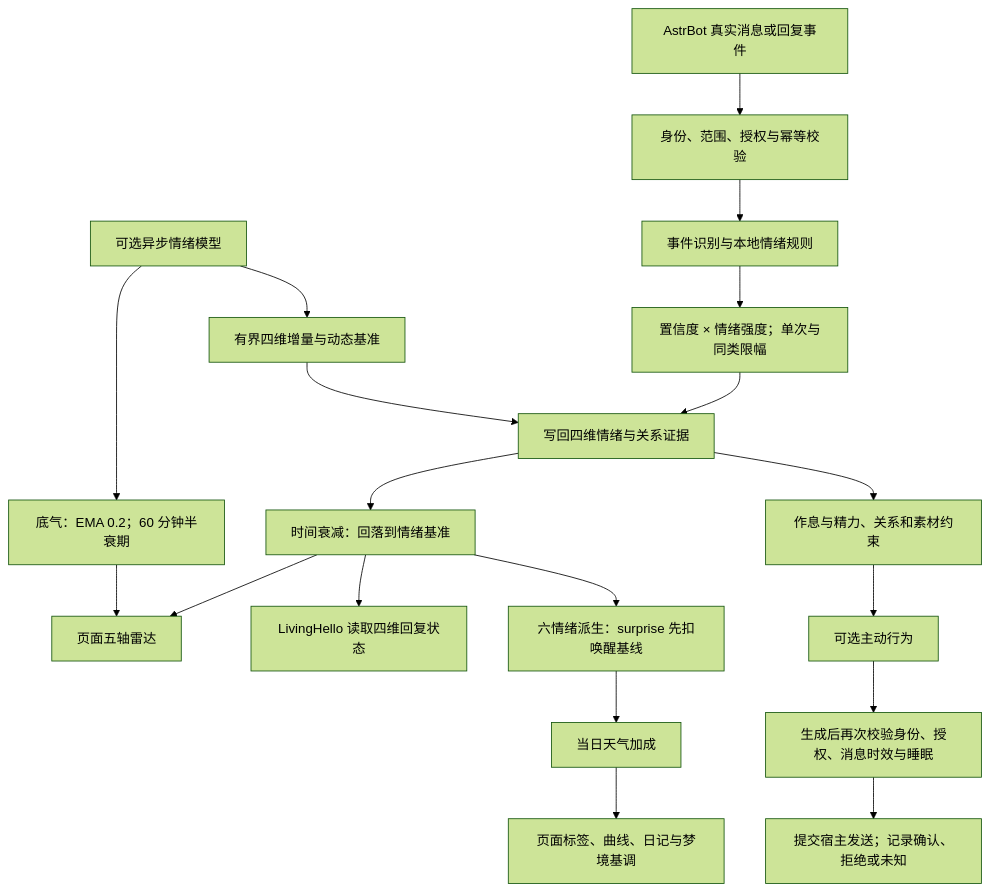
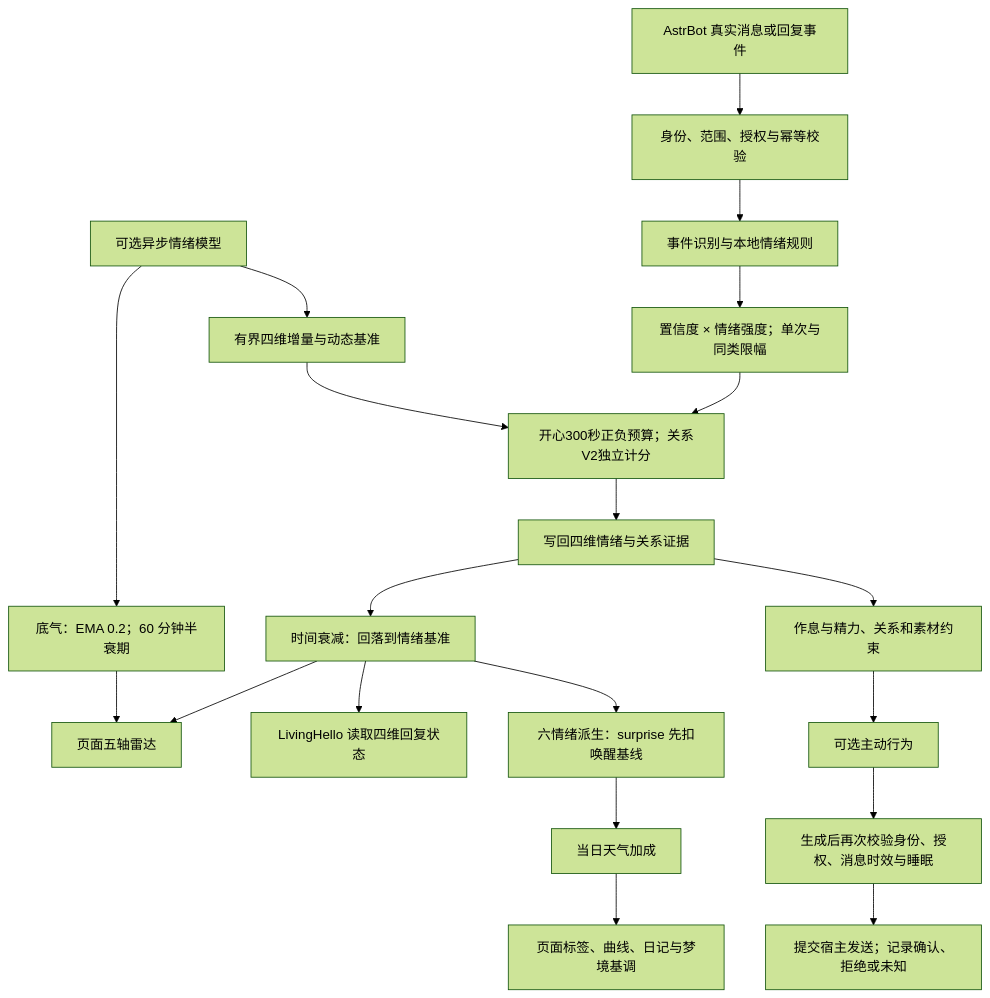
The diagram in docs/plugin-manual.md (AKIhunter/astrbot_plugin_livingemotion), drawn with Mermaid (forest theme) before and after one commit. The commit also changed other lines of this file and 68 other files, not shown here.

````diff
--- a/docs/plugin-manual.md
+++ b/docs/plugin-manual.md
@@ -118,21 +123,22 @@
 ```mermaid
 flowchart TD
     A["AstrBot 真实消息或回复事件"] --> B["身份、范围、授权与幂等校验"]
     B --> C["事件识别与本地情绪规则"]
     C --> D["置信度 × 情绪强度；单次与同类限幅"]
-    D --> E["写回四维情绪与关系证据"]
+    D --> W["开心300秒正负预算；关系V2独立计分"]
+    W --> E["写回四维情绪与关系证据"]
     E --> F["时间衰减：回落到情绪基准"]
     G["可选异步情绪模型"] --> H["有界四维增量与动态基准"]
-    H --> E
+    H --> W
     G --> I["底气：EMA 0.2；60 分钟半衰期"]
     F --> J["页面五轴雷达"]
     I --> J
     F --> K["LivingHello 读取四维回复状态"]
     F --> L["六情绪派生：surprise 先扣唤醒基线"]
     L --> M["当日天气加成"]
     M --> N["页面标签、曲线、日记与梦境基调"]
     E --> O["作息与精力、关系和素材约束"]
     O --> P["可选主动行为"]
     P --> Q["生成后再次校验身份、授权、消息时效与睡眠"]
     Q --> R["提交宿主发送；记录确认、拒绝或未知"]
 ```
````
